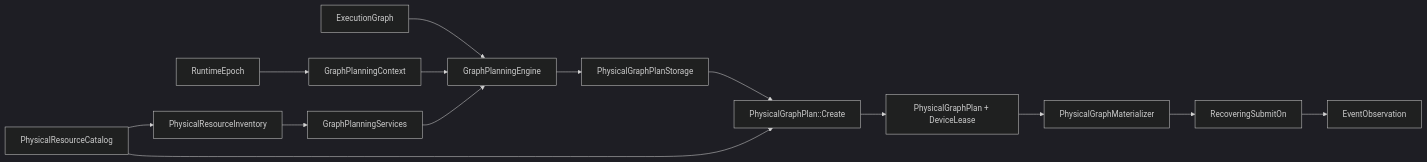
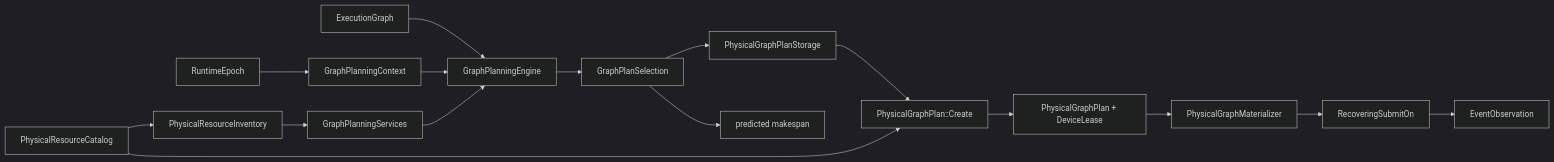
Diagram 12 of 40 in Sora/docs/HeterogeneousComputeArchitecture.md (nekomiya-kasane/Hetis), drawn with Mermaid (dark theme) before and after one commit. The commit also changed other lines of this file and 11 other files, not shown here.

Commit message:
Expose graph planner objective evidence

````diff
--- a/Sora/docs/HeterogeneousComputeArchitecture.md
+++ b/Sora/docs/HeterogeneousComputeArchitecture.md
@@ -1362,16 +1362,18 @@
 ```mermaid
 flowchart LR
     Catalog["PhysicalResourceCatalog"] --> Inventory["PhysicalResourceInventory"]
     Epoch["RuntimeEpoch"] --> Context["GraphPlanningContext"]
     Logical["ExecutionGraph"] --> Planner["GraphPlanningEngine"]
     Inventory --> Services["GraphPlanningServices"]
     Context --> Planner
     Services --> Planner
-    Planner --> Storage["PhysicalGraphPlanStorage"]
+    Planner --> Selection["GraphPlanSelection"]
+    Selection --> Storage["PhysicalGraphPlanStorage"]
+    Selection --> Objective["predicted makespan"]
     Storage --> Freeze["PhysicalGraphPlan::Create"]
     Catalog --> Freeze
     Freeze --> Plan["PhysicalGraphPlan + DeviceLease"]
     Plan --> Materializer["PhysicalGraphMaterializer"]
     Materializer --> Recovery["RecoveringSubmitOn"]
     Recovery --> Completion["EventObservation"]
 ```
````
